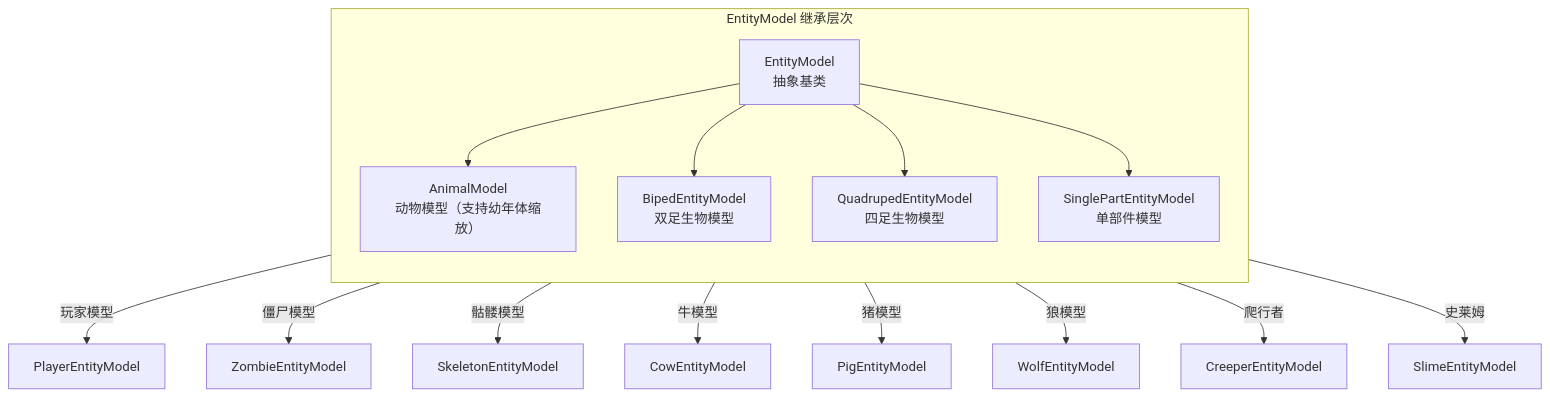
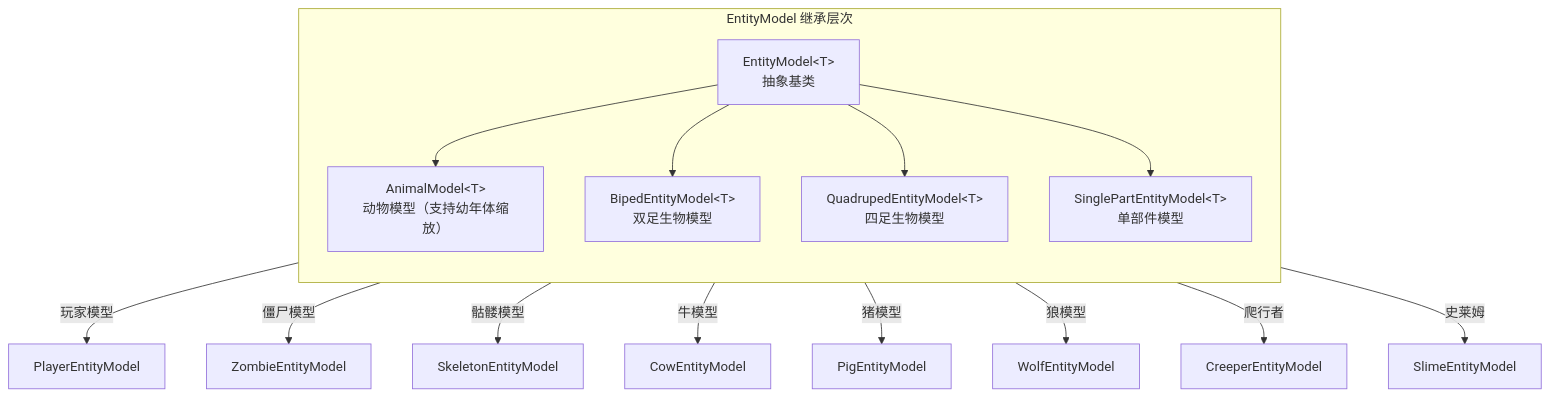
Before and after one commit to BaiGave/Minecraft-Learning: the first of 2 diagrams in content/mc/1.21/core/-/tutorials/Part-9-Client/56-entity-model.md, drawn with Mermaid. The commit also changed 17 other files, not shown here.

````diff
--- a/content/mc/1.21/core/-/tutorials/Part-9-Client/56-entity-model.md
+++ b/content/mc/1.21/core/-/tutorials/Part-9-Client/56-entity-model.md
@@ -172,28 +172,28 @@
 ```mermaid
 flowchart TB
     subgraph EntityModelHierarchy["EntityModel 继承层次"]
         direction TB
 
-        EM["EntityModel<T><br/>抽象基类"]
-        A["AnimalModel<T><br/>动物模型（支持幼年体缩放）"]
-        B["BipedEntityModel<T><br/>双足生物模型"]
-        Q["QuadrupedEntityModel<T><br/>四足生物模型"]
-        S["SinglePartEntityModel<T><br/>单部件模型"]
+        EM["EntityModel#lt;T#gt;<br/>抽象基类"]
+        A["AnimalModel#lt;T#gt;<br/>动物模型（支持幼年体缩放）"]
+        B["BipedEntityModel#lt;T#gt;<br/>双足生物模型"]
+        Q["QuadrupedEntityModel#lt;T#gt;<br/>四足生物模型"]
+        S["SinglePartEntityModel#lt;T#gt;<br/>单部件模型"]
     end
 
     EM --> A
     EM --> B
     EM --> Q
     EM --> S
 
     B -->|"玩家模型"| P["PlayerEntityModel"]
     B -->|"僵尸模型"| Z["ZombieEntityModel"]
     B -->|"骷髅模型"| Sk["SkeletonEntityModel"]
 
     Q -->|"牛模型"| C["CowEntityModel"]
     Q -->|"猪模型"| Pi["PigEntityModel"]
     Q -->|"狼模型"| W["WolfEntityModel"]
 
     S -->|"爬行者"| Cr["CreeperEntityModel"]
     S -->|"史莱姆"| Sl["SlimeEntityModel"]
 ```
````
